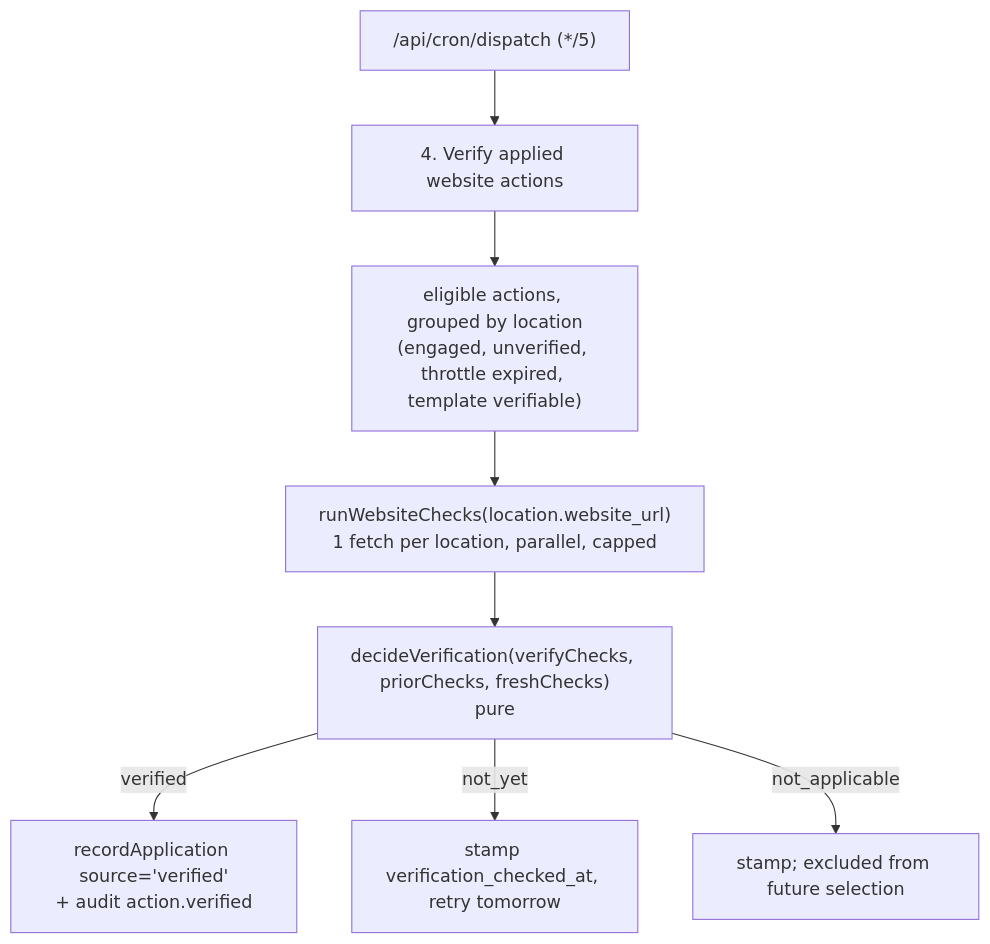
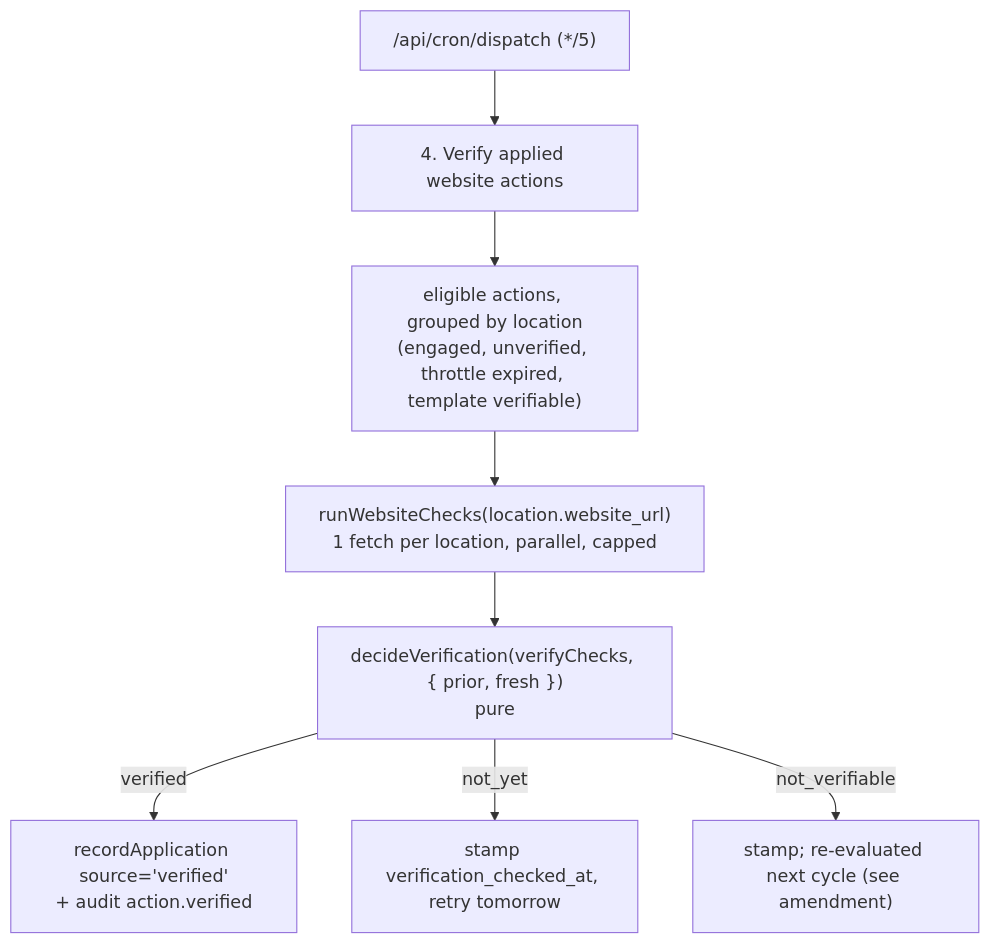
Before and after one commit to YNWAforever/smeassistant: the diagram in docs/superpowers/specs/2026-09-16-website-verifier-design.md, drawn with Mermaid. The commit also changed other lines of this file and 1 other file, not shown here.

````diff
--- a/docs/superpowers/specs/2026-09-16-website-verifier-design.md
+++ b/docs/superpowers/specs/2026-09-16-website-verifier-design.md
@@ -32,10 +32,10 @@
 ```mermaid
 flowchart TD
     Cron["/api/cron/dispatch (*/5)"] --> S["4. Verify applied website actions"]
     S --> Q["eligible actions, grouped by location\n(engaged, unverified, throttle expired, template verifiable)"]
     Q --> F["runWebsiteChecks(location.website_url)\n1 fetch per location, parallel, capped"]
-    F --> D["decideVerification(verifyChecks, priorChecks, freshChecks)\npure"]
+    F --> D["decideVerification(verifyChecks, { prior, fresh })\npure"]
     D -->|verified| W["recordApplication source='verified'\n+ audit action.verified"]
     D -->|not_yet| T["stamp verification_checked_at, retry tomorrow"]
-    D -->|not_applicable| X["stamp; excluded from future selection"]
+    D -->|not_verifiable| X["stamp; re-evaluated next cycle (see amendment)"]
 ```
````
